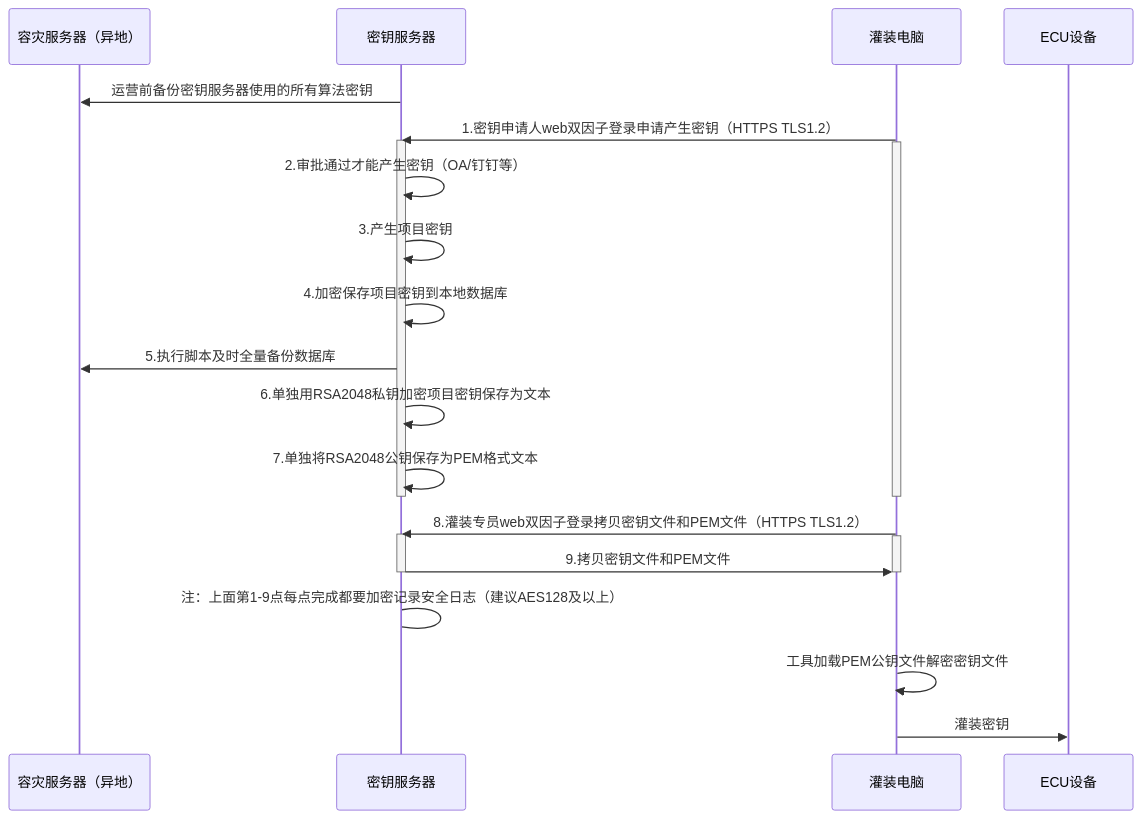
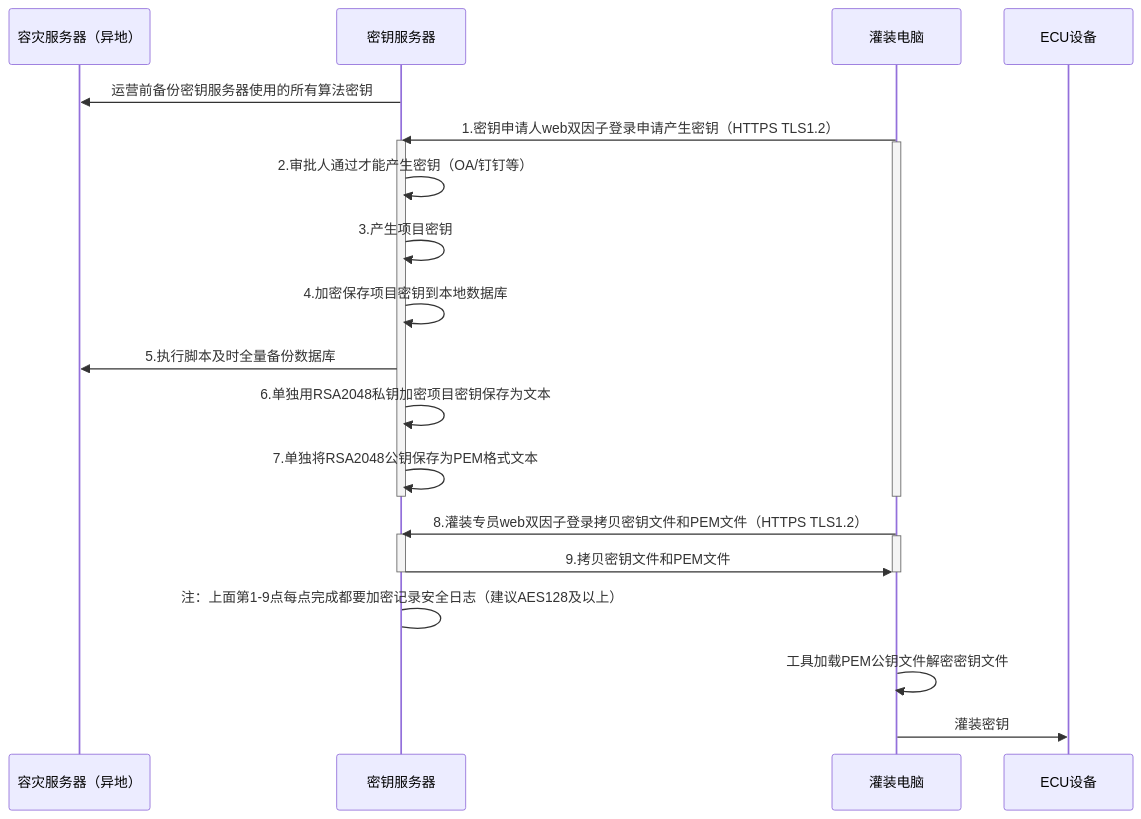
One commit to facebook-cloud/iodraw-files changed the diagram in all/未命名-15.md. Above: the diagram before and after it, drawn with Mermaid.

Commit message:
2026-02-12 16:36:57 update

````diff
--- a/all/未命名-15.md
+++ b/all/未命名-15.md
@@ -1,32 +1,32 @@
 ```mermaid
 sequenceDiagram
     participant A as 容灾服务器（异地）
     participant B as 密钥服务器
     participant D as 灌装电脑
     participant E as ECU设备
 
     B->>A: 运营前备份密钥服务器使用的所有算法密钥
     D->>B: 1.密钥申请人web双因子登录申请产生密钥（HTTPS TLS1.2）
     activate B
     activate D
-    B->>B: 2.审批通过才能产生密钥（OA/钉钉等）
+    B->>B: 2.审批人通过才能产生密钥（OA/钉钉等）
     B->>B: 3.产生项目密钥
     B->>B: 4.加密保存项目密钥到本地数据库
     B->>A: 5.执行脚本及时全量备份数据库
     B->>B: 6.单独用RSA2048私钥加密项目密钥保存为文本
     B->>B: 7.单独将RSA2048公钥保存为PEM格式文本
     deactivate B
     deactivate D
     
     D->>B: 8.灌装专员web双因子登录拷贝密钥文件和PEM文件（HTTPS TLS1.2）
     activate B
     activate D
     B->>D: 9.拷贝密钥文件和PEM文件
     deactivate B
     deactivate D
     B->B: 注：上面第1-9点每点完成都要加密记录安全日志（建议AES128及以上）
 
     D->>D:工具加载PEM公钥文件解密密钥文件
     
     D->>E: 灌装密钥
 ```
````
